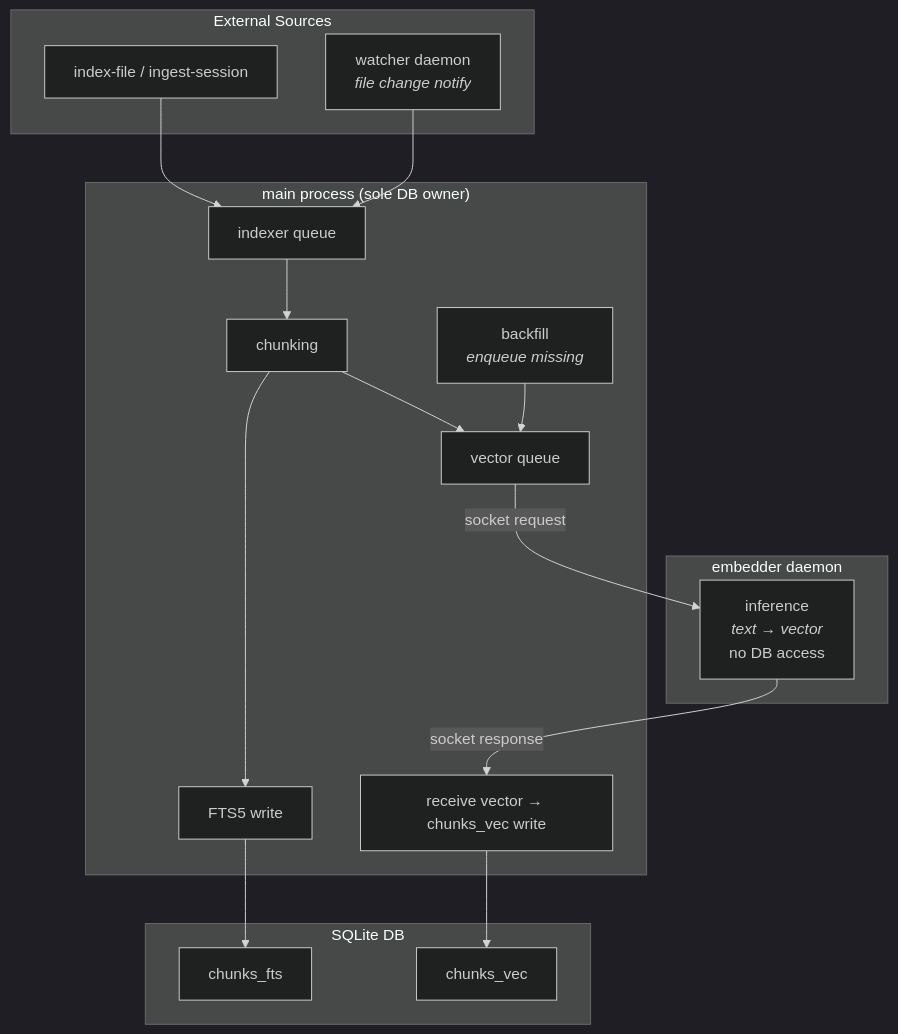
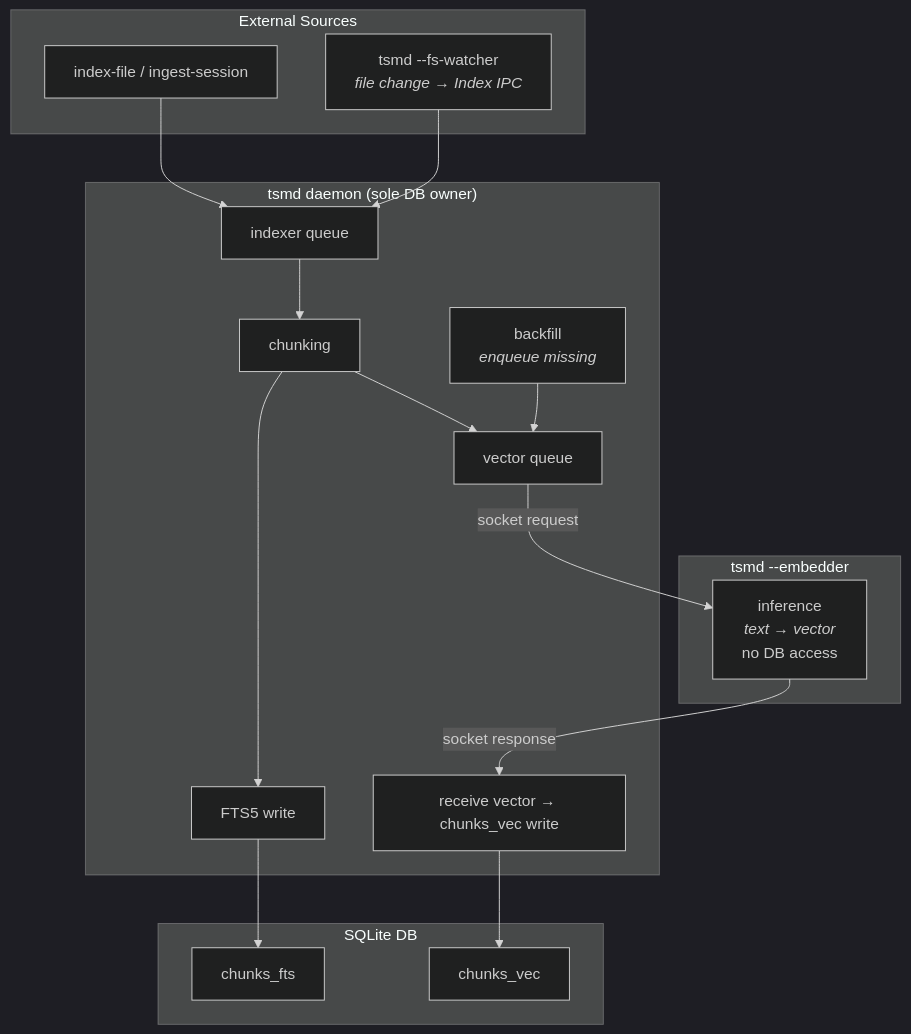
One commit to key/the-space-memory changed the first of 3 diagrams in docs/data-flow.md. Above: the diagram before and after it, drawn with Mermaid (dark theme). The commit also changed other lines of this file and 1 other file, not shown here.

Commit message:
fix: update architecture docs to reflect tsmd binary consolidation
ASCII diagram and mermaid labels now use tsmd --embedder / --fs-watcher
(child processes) instead of the old separate binary names.

````diff
--- a/docs/data-flow.md
+++ b/docs/data-flow.md
@@ -5,34 +5,34 @@
 ```mermaid
 flowchart TB
     subgraph External["External Sources"]
         IF["index-file / ingest-session"]
-        WD["watcher daemon<br/><i>file change notify</i>"]
+        WD["tsmd --fs-watcher<br/><i>file change → Index IPC</i>"]
     end
 
-    subgraph Main["main process (sole DB owner)"]
+    subgraph Main["tsmd daemon (sole DB owner)"]
         IQ["indexer queue"]
         CH["chunking"]
         FTS["FTS5 write"]
         VQ["vector queue"]
         VW["receive vector → chunks_vec write"]
         BF["backfill<br/><i>enqueue missing</i>"]
     end
 
-    subgraph Embedder["embedder daemon"]
+    subgraph Embedder["tsmd --embedder"]
         INF["inference<br/><i>text → vector</i><br/>no DB access"]
     end
 
     subgraph DB["SQLite DB"]
         FDB["chunks_fts"]
         VDB["chunks_vec"]
     end
 
     IF --> IQ
     WD --> IQ
     IQ --> CH --> FTS --> FDB
     CH --> VQ
     BF --> VQ
     VQ -->|"socket request"| INF
     INF -->|"socket response"| VW
     VW --> VDB
 ```
````
